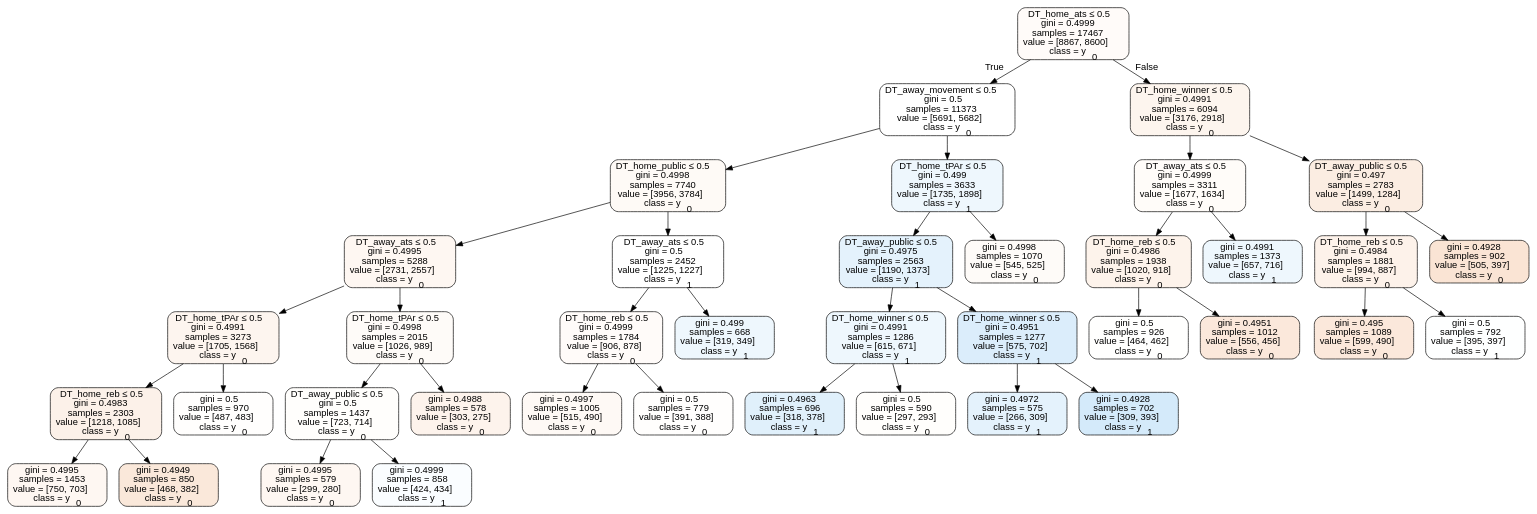
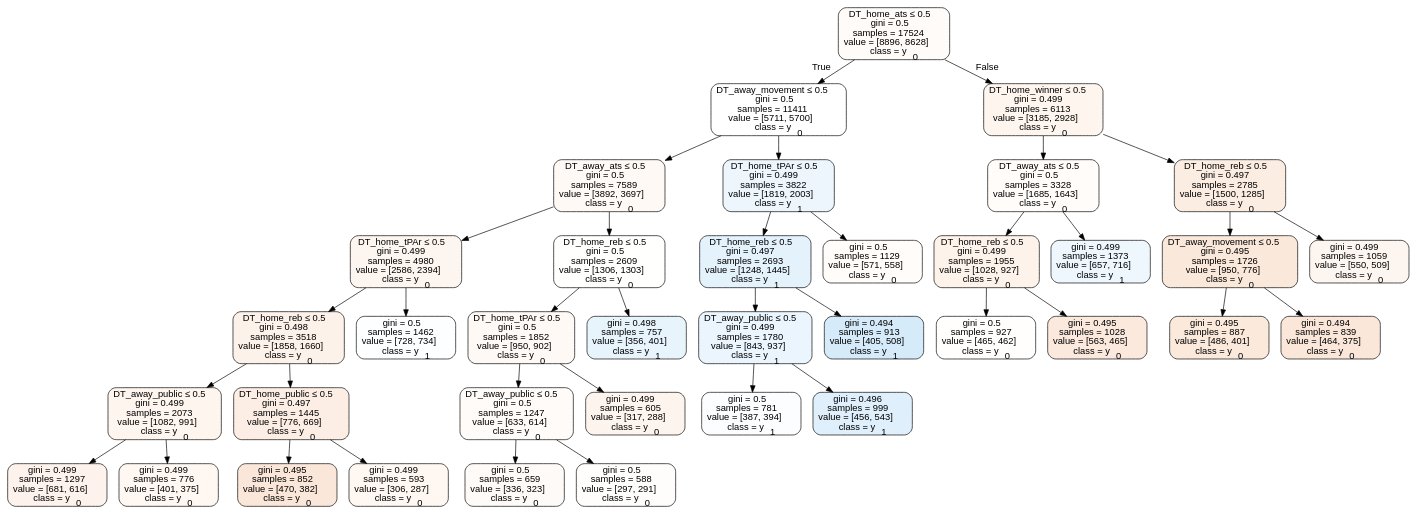
The diagram in Basketball/data/trees/treehome.dot (usbogie/ncaa-bets), drawn with Graphviz before and after one commit. The commit also changed 38 other files, not shown here.

```diff
--- a/Basketball/data/trees/treehome.dot
+++ b/Basketball/data/trees/treehome.dot
@@ -1,81 +1,77 @@
 digraph Tree {
 node [shape=box, style="filled, rounded", color="black", fontname=helvetica] ;
 edge [fontname=helvetica] ;
-0 [label=<DT_home_ats &le; 0.5<br/>gini = 0.4999<br/>samples = 17467<br/>value = [8867, 8600]<br/>class = y<SUB>0</SUB>>, fillcolor="#e5813908"] ;
-1 [label=<DT_away_movement &le; 0.5<br/>gini = 0.5<br/>samples = 11373<br/>value = [5691, 5682]<br/>class = y<SUB>0</SUB>>, fillcolor="#e5813900"] ;
+0 [label=<DT_home_ats &le; 0.5<br/>gini = 0.5<br/>samples = 17524<br/>value = [8896, 8628]<br/>class = y<SUB>0</SUB>>, fillcolor="#e5813908"] ;
+1 [label=<DT_away_movement &le; 0.5<br/>gini = 0.5<br/>samples = 11411<br/>value = [5711, 5700]<br/>class = y<SUB>0</SUB>>, fillcolor="#e5813900"] ;
 0 -> 1 [labeldistance=2.5, labelangle=45, headlabel="True"] ;
-2 [label=<DT_home_public &le; 0.5<br/>gini = 0.4998<br/>samples = 7740<br/>value = [3956, 3784]<br/>class = y<SUB>0</SUB>>, fillcolor="#e581390b"] ;
+2 [label=<DT_away_ats &le; 0.5<br/>gini = 0.5<br/>samples = 7589<br/>value = [3892, 3697]<br/>class = y<SUB>0</SUB>>, fillcolor="#e581390d"] ;
 1 -> 2 ;
-3 [label=<DT_away_ats &le; 0.5<br/>gini = 0.4995<br/>samples = 5288<br/>value = [2731, 2557]<br/>class = y<SUB>0</SUB>>, fillcolor="#e5813910"] ;
+3 [label=<DT_home_tPAr &le; 0.5<br/>gini = 0.499<br/>samples = 4980<br/>value = [2586, 2394]<br/>class = y<SUB>0</SUB>>, fillcolor="#e5813913"] ;
 2 -> 3 ;
-4 [label=<DT_home_tPAr &le; 0.5<br/>gini = 0.4991<br/>samples = 3273<br/>value = [1705, 1568]<br/>class = y<SUB>0</SUB>>, fillcolor="#e5813914"] ;
+4 [label=<DT_home_reb &le; 0.5<br/>gini = 0.498<br/>samples = 3518<br/>value = [1858, 1660]<br/>class = y<SUB>0</SUB>>, fillcolor="#e581391b"] ;
 3 -> 4 ;
-5 [label=<DT_home_reb &le; 0.5<br/>gini = 0.4983<br/>samples = 2303<br/>value = [1218, 1085]<br/>class = y<SUB>0</SUB>>, fillcolor="#e581391c"] ;
+5 [label=<DT_away_public &le; 0.5<br/>gini = 0.499<br/>samples = 2073<br/>value = [1082, 991]<br/>class = y<SUB>0</SUB>>, fillcolor="#e5813915"] ;
 4 -> 5 ;
-6 [label=<gini = 0.4995<br/>samples = 1453<br/>value = [750, 703]<br/>class = y<SUB>0</SUB>>, fillcolor="#e5813910"] ;
+6 [label=<gini = 0.499<br/>samples = 1297<br/>value = [681, 616]<br/>class = y<SUB>0</SUB>>, fillcolor="#e5813918"] ;
 5 -> 6 ;
-7 [label=<gini = 0.4949<br/>samples = 850<br/>value = [468, 382]<br/>class = y<SUB>0</SUB>>, fillcolor="#e581392f"] ;
+7 [label=<gini = 0.499<br/>samples = 776<br/>value = [401, 375]<br/>class = y<SUB>0</SUB>>, fillcolor="#e5813911"] ;
 5 -> 7 ;
-8 [label=<gini = 0.5<br/>samples = 970<br/>value = [487, 483]<br/>class = y<SUB>0</SUB>>, fillcolor="#e5813902"] ;
+8 [label=<DT_home_public &le; 0.5<br/>gini = 0.497<br/>samples = 1445<br/>value = [776, 669]<br/>class = y<SUB>0</SUB>>, fillcolor="#e5813923"] ;
 4 -> 8 ;
-9 [label=<DT_home_tPAr &le; 0.5<br/>gini = 0.4998<br/>samples = 2015<br/>value = [1026, 989]<br/>class = y<SUB>0</SUB>>, fillcolor="#e5813909"] ;
-3 -> 9 ;
-10 [label=<DT_away_public &le; 0.5<br/>gini = 0.5<br/>samples = 1437<br/>value = [723, 714]<br/>class = y<SUB>0</SUB>>, fillcolor="#e5813903"] ;
-9 -> 10 ;
-11 [label=<gini = 0.4995<br/>samples = 579<br/>value = [299, 280]<br/>class = y<SUB>0</SUB>>, fillcolor="#e5813910"] ;
-10 -> 11 ;
-12 [label=<gini = 0.4999<br/>samples = 858<br/>value = [424, 434]<br/>class = y<SUB>1</SUB>>, fillcolor="#399de506"] ;
-10 -> 12 ;
-13 [label=<gini = 0.4988<br/>samples = 578<br/>value = [303, 275]<br/>class = y<SUB>0</SUB>>, fillcolor="#e5813918"] ;
-9 -> 13 ;
-14 [label=<DT_away_ats &le; 0.5<br/>gini = 0.5<br/>samples = 2452<br/>value = [1225, 1227]<br/>class = y<SUB>1</SUB>>, fillcolor="#399de500"] ;
-2 -> 14 ;
-15 [label=<DT_home_reb &le; 0.5<br/>gini = 0.4999<br/>samples = 1784<br/>value = [906, 878]<br/>class = y<SUB>0</SUB>>, fillcolor="#e5813908"] ;
+9 [label=<gini = 0.495<br/>samples = 852<br/>value = [470, 382]<br/>class = y<SUB>0</SUB>>, fillcolor="#e5813930"] ;
+8 -> 9 ;
+10 [label=<gini = 0.499<br/>samples = 593<br/>value = [306, 287]<br/>class = y<SUB>0</SUB>>, fillcolor="#e5813910"] ;
+8 -> 10 ;
+11 [label=<gini = 0.5<br/>samples = 1462<br/>value = [728, 734]<br/>class = y<SUB>1</SUB>>, fillcolor="#399de502"] ;
+3 -> 11 ;
+12 [label=<DT_home_reb &le; 0.5<br/>gini = 0.5<br/>samples = 2609<br/>value = [1306, 1303]<br/>class = y<SUB>0</SUB>>, fillcolor="#e5813901"] ;
+2 -> 12 ;
+13 [label=<DT_home_tPAr &le; 0.5<br/>gini = 0.5<br/>samples = 1852<br/>value = [950, 902]<br/>class = y<SUB>0</SUB>>, fillcolor="#e581390d"] ;
+12 -> 13 ;
+14 [label=<DT_away_public &le; 0.5<br/>gini = 0.5<br/>samples = 1247<br/>value = [633, 614]<br/>class = y<SUB>0</SUB>>, fillcolor="#e5813908"] ;
+13 -> 14 ;
+15 [label=<gini = 0.5<br/>samples = 659<br/>value = [336, 323]<br/>class = y<SUB>0</SUB>>, fillcolor="#e581390a"] ;
 14 -> 15 ;
-16 [label=<gini = 0.4997<br/>samples = 1005<br/>value = [515, 490]<br/>class = y<SUB>0</SUB>>, fillcolor="#e581390c"] ;
-15 -> 16 ;
-17 [label=<gini = 0.5<br/>samples = 779<br/>value = [391, 388]<br/>class = y<SUB>0</SUB>>, fillcolor="#e5813902"] ;
-15 -> 17 ;
-18 [label=<gini = 0.499<br/>samples = 668<br/>value = [319, 349]<br/>class = y<SUB>1</SUB>>, fillcolor="#399de516"] ;
-14 -> 18 ;
-19 [label=<DT_home_tPAr &le; 0.5<br/>gini = 0.499<br/>samples = 3633<br/>value = [1735, 1898]<br/>class = y<SUB>1</SUB>>, fillcolor="#399de516"] ;
+16 [label=<gini = 0.5<br/>samples = 588<br/>value = [297, 291]<br/>class = y<SUB>0</SUB>>, fillcolor="#e5813905"] ;
+14 -> 16 ;
+17 [label=<gini = 0.499<br/>samples = 605<br/>value = [317, 288]<br/>class = y<SUB>0</SUB>>, fillcolor="#e5813917"] ;
+13 -> 17 ;
+18 [label=<gini = 0.498<br/>samples = 757<br/>value = [356, 401]<br/>class = y<SUB>1</SUB>>, fillcolor="#399de51d"] ;
+12 -> 18 ;
+19 [label=<DT_home_tPAr &le; 0.5<br/>gini = 0.499<br/>samples = 3822<br/>value = [1819, 2003]<br/>class = y<SUB>1</SUB>>, fillcolor="#399de517"] ;
 1 -> 19 ;
-20 [label=<DT_away_public &le; 0.5<br/>gini = 0.4975<br/>samples = 2563<br/>value = [1190, 1373]<br/>class = y<SUB>1</SUB>>, fillcolor="#399de522"] ;
+20 [label=<DT_home_reb &le; 0.5<br/>gini = 0.497<br/>samples = 2693<br/>value = [1248, 1445]<br/>class = y<SUB>1</SUB>>, fillcolor="#399de523"] ;
 19 -> 20 ;
-21 [label=<DT_home_winner &le; 0.5<br/>gini = 0.4991<br/>samples = 1286<br/>value = [615, 671]<br/>class = y<SUB>1</SUB>>, fillcolor="#399de515"] ;
+21 [label=<DT_away_public &le; 0.5<br/>gini = 0.499<br/>samples = 1780<br/>value = [843, 937]<br/>class = y<SUB>1</SUB>>, fillcolor="#399de51a"] ;
 20 -> 21 ;
-22 [label=<gini = 0.4963<br/>samples = 696<br/>value = [318, 378]<br/>class = y<SUB>1</SUB>>, fillcolor="#399de528"] ;
+22 [label=<gini = 0.5<br/>samples = 781<br/>value = [387, 394]<br/>class = y<SUB>1</SUB>>, fillcolor="#399de505"] ;
 21 -> 22 ;
-23 [label=<gini = 0.5<br/>samples = 590<br/>value = [297, 293]<br/>class = y<SUB>0</SUB>>, fillcolor="#e5813903"] ;
+23 [label=<gini = 0.496<br/>samples = 999<br/>value = [456, 543]<br/>class = y<SUB>1</SUB>>, fillcolor="#399de529"] ;
 21 -> 23 ;
-24 [label=<DT_home_winner &le; 0.5<br/>gini = 0.4951<br/>samples = 1277<br/>value = [575, 702]<br/>class = y<SUB>1</SUB>>, fillcolor="#399de52e"] ;
+24 [label=<gini = 0.494<br/>samples = 913<br/>value = [405, 508]<br/>class = y<SUB>1</SUB>>, fillcolor="#399de534"] ;
 20 -> 24 ;
-25 [label=<gini = 0.4972<br/>samples = 575<br/>value = [266, 309]<br/>class = y<SUB>1</SUB>>, fillcolor="#399de523"] ;
-24 -> 25 ;
-26 [label=<gini = 0.4928<br/>samples = 702<br/>value = [309, 393]<br/>class = y<SUB>1</SUB>>, fillcolor="#399de537"] ;
-24 -> 26 ;
-27 [label=<gini = 0.4998<br/>samples = 1070<br/>value = [545, 525]<br/>class = y<SUB>0</SUB>>, fillcolor="#e5813909"] ;
-19 -> 27 ;
-28 [label=<DT_home_winner &le; 0.5<br/>gini = 0.4991<br/>samples = 6094<br/>value = [3176, 2918]<br/>class = y<SUB>0</SUB>>, fillcolor="#e5813915"] ;
-0 -> 28 [labeldistance=2.5, labelangle=-45, headlabel="False"] ;
-29 [label=<DT_away_ats &le; 0.5<br/>gini = 0.4999<br/>samples = 3311<br/>value = [1677, 1634]<br/>class = y<SUB>0</SUB>>, fillcolor="#e5813907"] ;
+25 [label=<gini = 0.5<br/>samples = 1129<br/>value = [571, 558]<br/>class = y<SUB>0</SUB>>, fillcolor="#e5813906"] ;
+19 -> 25 ;
+26 [label=<DT_home_winner &le; 0.5<br/>gini = 0.499<br/>samples = 6113<br/>value = [3185, 2928]<br/>class = y<SUB>0</SUB>>, fillcolor="#e5813915"] ;
+0 -> 26 [labeldistance=2.5, labelangle=-45, headlabel="False"] ;
+27 [label=<DT_away_ats &le; 0.5<br/>gini = 0.5<br/>samples = 3328<br/>value = [1685, 1643]<br/>class = y<SUB>0</SUB>>, fillcolor="#e5813906"] ;
+26 -> 27 ;
+28 [label=<DT_home_reb &le; 0.5<br/>gini = 0.499<br/>samples = 1955<br/>value = [1028, 927]<br/>class = y<SUB>0</SUB>>, fillcolor="#e5813919"] ;
+27 -> 28 ;
+29 [label=<gini = 0.5<br/>samples = 927<br/>value = [465, 462]<br/>class = y<SUB>0</SUB>>, fillcolor="#e5813902"] ;
 28 -> 29 ;
-30 [label=<DT_home_reb &le; 0.5<br/>gini = 0.4986<br/>samples = 1938<br/>value = [1020, 918]<br/>class = y<SUB>0</SUB>>, fillcolor="#e5813919"] ;
-29 -> 30 ;
-31 [label=<gini = 0.5<br/>samples = 926<br/>value = [464, 462]<br/>class = y<SUB>0</SUB>>, fillcolor="#e5813901"] ;
-30 -> 31 ;
-32 [label=<gini = 0.4951<br/>samples = 1012<br/>value = [556, 456]<br/>class = y<SUB>0</SUB>>, fillcolor="#e581392e"] ;
-30 -> 32 ;
-33 [label=<gini = 0.4991<br/>samples = 1373<br/>value = [657, 716]<br/>class = y<SUB>1</SUB>>, fillcolor="#399de515"] ;
-29 -> 33 ;
-34 [label=<DT_away_public &le; 0.5<br/>gini = 0.497<br/>samples = 2783<br/>value = [1499, 1284]<br/>class = y<SUB>0</SUB>>, fillcolor="#e5813925"] ;
-28 -> 34 ;
-35 [label=<DT_home_reb &le; 0.5<br/>gini = 0.4984<br/>samples = 1881<br/>value = [994, 887]<br/>class = y<SUB>0</SUB>>, fillcolor="#e581391b"] ;
-34 -> 35 ;
-36 [label=<gini = 0.495<br/>samples = 1089<br/>value = [599, 490]<br/>class = y<SUB>0</SUB>>, fillcolor="#e581392e"] ;
-35 -> 36 ;
-37 [label=<gini = 0.5<br/>samples = 792<br/>value = [395, 397]<br/>class = y<SUB>1</SUB>>, fillcolor="#399de501"] ;
-35 -> 37 ;
-38 [label=<gini = 0.4928<br/>samples = 902<br/>value = [505, 397]<br/>class = y<SUB>0</SUB>>, fillcolor="#e5813937"] ;
-34 -> 38 ;
+30 [label=<gini = 0.495<br/>samples = 1028<br/>value = [563, 465]<br/>class = y<SUB>0</SUB>>, fillcolor="#e581392c"] ;
+28 -> 30 ;
+31 [label=<gini = 0.499<br/>samples = 1373<br/>value = [657, 716]<br/>class = y<SUB>1</SUB>>, fillcolor="#399de515"] ;
+27 -> 31 ;
+32 [label=<DT_home_reb &le; 0.5<br/>gini = 0.497<br/>samples = 2785<br/>value = [1500, 1285]<br/>class = y<SUB>0</SUB>>, fillcolor="#e5813925"] ;
+26 -> 32 ;
+33 [label=<DT_away_movement &le; 0.5<br/>gini = 0.495<br/>samples = 1726<br/>value = [950, 776]<br/>class = y<SUB>0</SUB>>, fillcolor="#e581392f"] ;
+32 -> 33 ;
+34 [label=<gini = 0.495<br/>samples = 887<br/>value = [486, 401]<br/>class = y<SUB>0</SUB>>, fillcolor="#e581392d"] ;
+33 -> 34 ;
+35 [label=<gini = 0.494<br/>samples = 839<br/>value = [464, 375]<br/>class = y<SUB>0</SUB>>, fillcolor="#e5813931"] ;
+33 -> 35 ;
+36 [label=<gini = 0.499<br/>samples = 1059<br/>value = [550, 509]<br/>class = y<SUB>0</SUB>>, fillcolor="#e5813913"] ;
+32 -> 36 ;
 }
```
